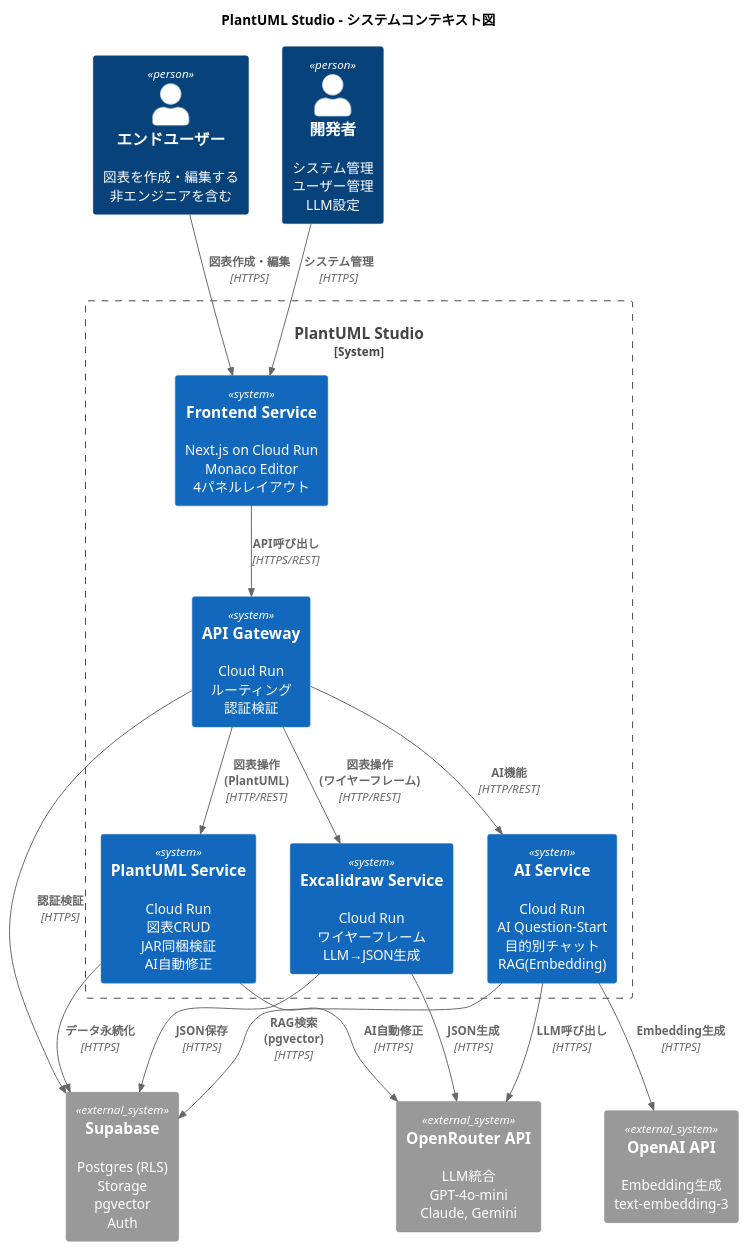
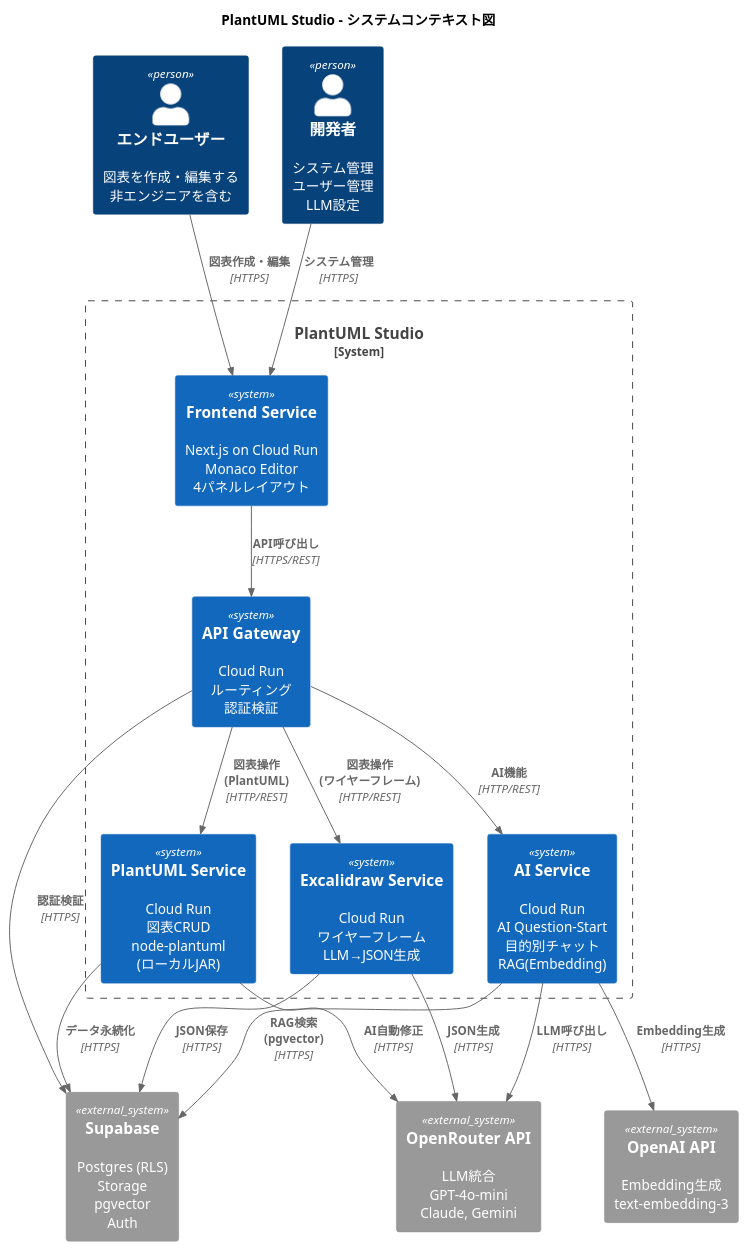
Before and after one commit to yoshiwo3/PlantUML2_Opus4.5: the diagram in docs/proposals/PlantUML_Studio_コンテキスト図_20251130.md, drawn with PlantUML. The commit also changed other lines of this file and 7 other files, not shown here.

```diff
--- a/docs/proposals/PlantUML_Studio_コンテキスト図_20251130.md
+++ b/docs/proposals/PlantUML_Studio_コンテキスト図_20251130.md
@@ -74,14 +74,15 @@
     ' - CRUD操作（作成・読取・更新・削除）
     ' - バージョン管理（SHA-256ハッシュ）
     ' - 構文検証・レンダリング
-    '   - PlantUML JAR同梱（コンテナ内）
-    '   - java -jar plantuml.jar で実行
+    '   - node-plantuml（Node.jsラッパー）
+    '   - ローカルJAR同梱（コンテナ内）
+    '   - Java 17 + Graphviz で実行
     '   - 公式サーバー不使用（プライバシー保護）
     ' - SVG/PNG レンダリング
     ' - PDF/画像エクスポート
     ' - AI自動修正ループ（検証エラー時、最大3回）
     '--------------------------------------------------
-    System(plantuml, "PlantUML Service", "Cloud Run\n図表CRUD\nJAR同梱検証\nAI自動修正")
+    System(plantuml, "PlantUML Service", "Cloud Run\n図表CRUD\nnode-plantuml\n(ローカルJAR)")
 }
 
 '--------------------------------------------------
@@ -112,9 +113,10 @@
 System_Ext(openai, "OpenAI API", "Embedding生成\ntext-embedding-3")
 
 '--------------------------------------------------
-' 注: PlantUML JAR
-' - 外部システムではなく、PlantUML Serviceコンテナに同梱
-' - Cloud Run上でjava -jar plantuml.jarとして実行
+' 注: node-plantuml + ローカルJAR
+' - node-plantuml: PlantUML JARのNode.jsラッパー
+' - ローカルJAR: PlantUML Serviceコンテナに同梱
+' - 実行環境: Java 17 + Graphviz（コンテナ内）
 ' - 公式サーバー不使用（プライバシー保護）
 '--------------------------------------------------
 
```
